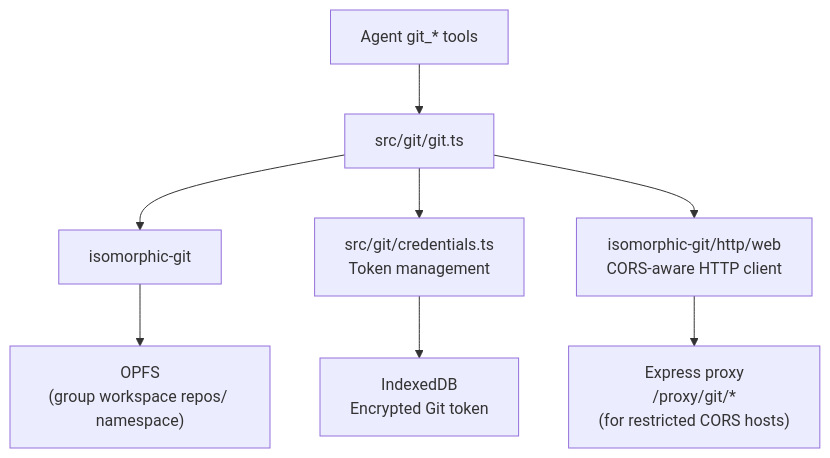
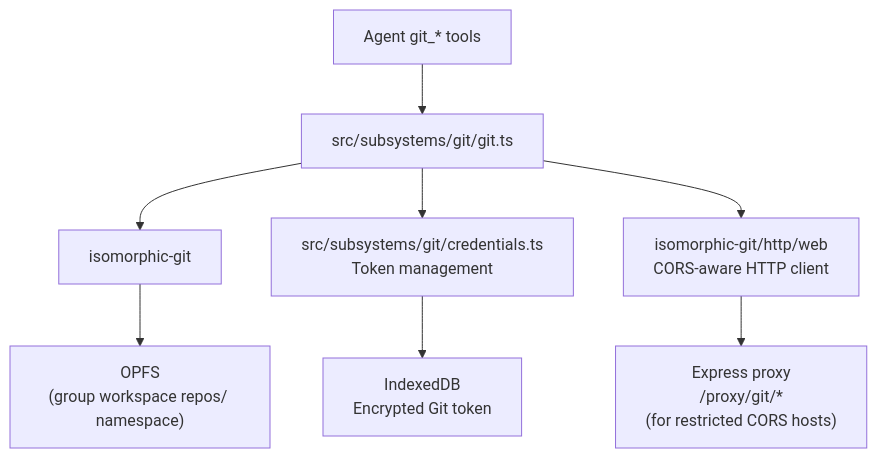
Before and after one commit to xt-ml/shadow-claw: the diagram in docs/subsystems/git.md, drawn with Mermaid. The commit also changed other lines of this file and 441 other files, not shown here.

````diff
--- a/docs/subsystems/git.md
+++ b/docs/subsystems/git.md
@@ -9,10 +9,10 @@
 ```mermaid
 graph TD
-  Tools["Agent git_* tools"] --> Git["src/git/git.ts"]
+  Tools["Agent git_* tools"] --> Git["src/subsystems/git/git.ts"]
   Git --> IG["isomorphic-git"]
   IG --> OPFS["OPFS\n(group workspace repos/ namespace)"]
-  Git --> Creds["src/git/credentials.ts\nToken management"]
+  Git --> Creds["src/subsystems/git/credentials.ts\nToken management"]
   Creds --> DB["IndexedDB\nEncrypted Git token"]
   Git --> HTTP["isomorphic-git/http/web\nCORS-aware HTTP client"]
   HTTP --> Proxy["Express proxy\n/proxy/git/*\n(for restricted CORS hosts)"]
 ```
````
